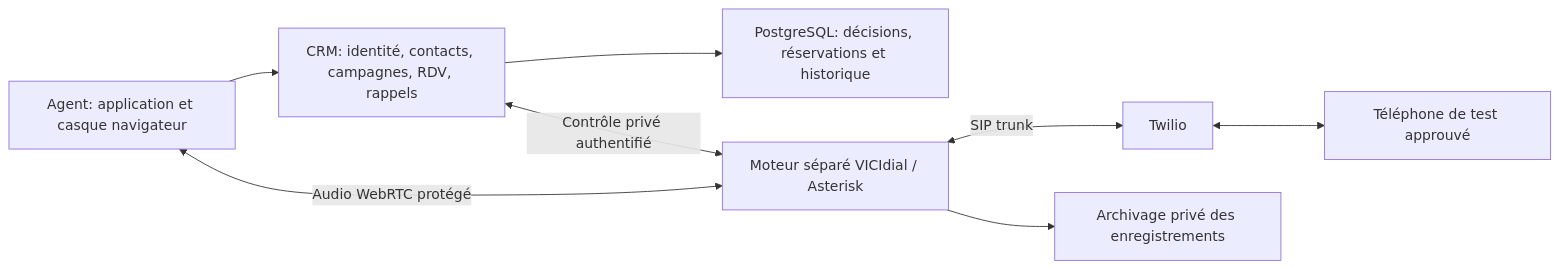
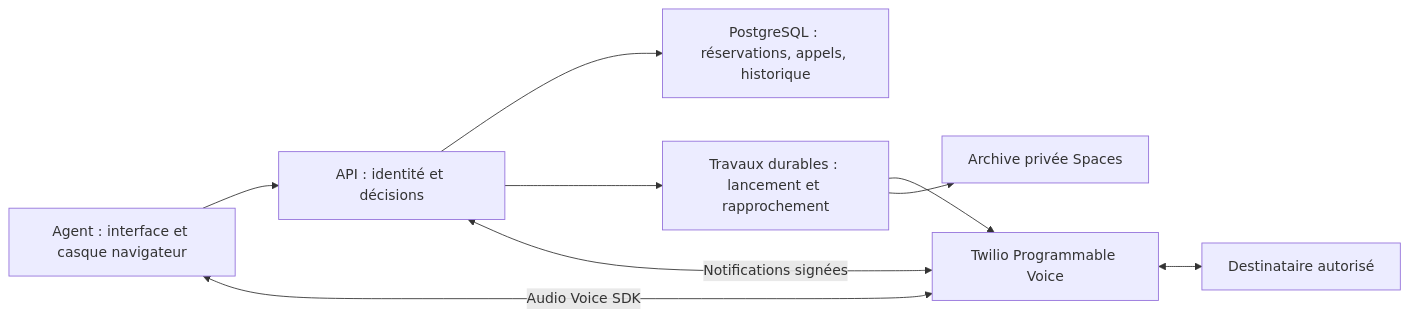
One commit to climatsynergie/unlimited-talk changed the diagram in TELEPHONY.md. Above: the diagram before and after it, drawn with Mermaid. The commit also changed other lines of this file and 10 other files, not shown here.

Commit message:
Prepare Twilio Voice SDK security boundary without enabling calls

````diff
--- a/TELEPHONY.md
+++ b/TELEPHONY.md
@@ -26,10 +20,11 @@
 ```mermaid
 flowchart LR
-    Agent["Agent: application et casque navigateur"] --> CRM["CRM: identité, contacts, campagnes, RDV, rappels"]
-    CRM --> PG["PostgreSQL: décisions, réservations et historique"]
-    CRM <-->|"Contrôle privé authentifié"| PBX["Moteur séparé VICIdial / Asterisk"]
-    Agent <-->|"Audio WebRTC protégé"| PBX
-    PBX <-->|"SIP trunk"| Twilio["Twilio"]
-    Twilio <--> Phone["Téléphone de test approuvé"]
-    PBX --> Archive["Archivage privé des enregistrements"]
+    Agent["Agent : interface et casque navigateur"] --> CRM["API : identité et décisions"]
+    CRM --> PG["PostgreSQL : réservations, appels, historique"]
+    CRM --> Jobs["Travaux durables : lancement et rapprochement"]
+    Jobs --> Twilio["Twilio Programmable Voice"]
+    Agent <-->|"Audio Voice SDK"| Twilio
+    Twilio <-->|"Notifications signées"| CRM
+    Twilio <--> Phone["Destinataire autorisé"]
+    Jobs --> Archive["Archive privée Spaces"]
 ```
````
